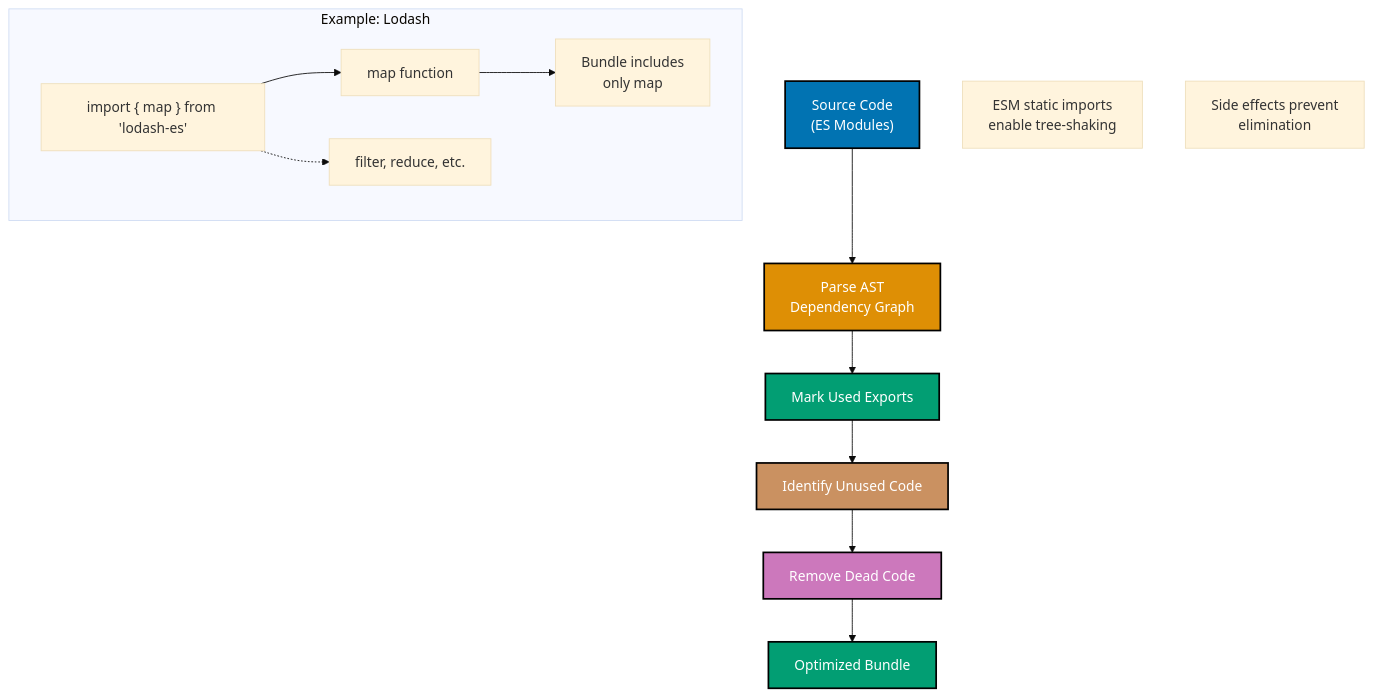
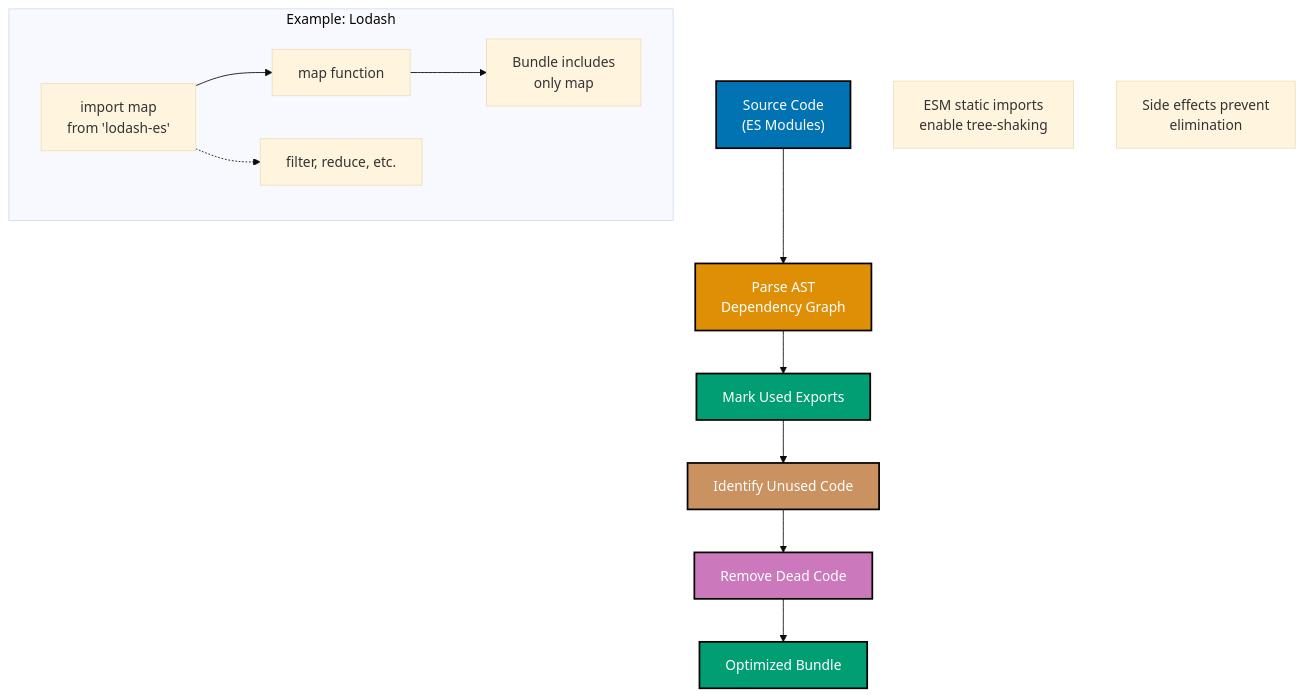
Before and after one commit to wahidyankf/ose-primer: the fourth of 8 diagrams in docs/explanation/software-engineering/programming-languages/typescript/modules-and-dependencies.md, drawn with Mermaid (base theme). The commit also changed other lines of this file and 16 other files, not shown here.

Commit message:
fix(docs): fix mermaid violations in typescript/ docs (batch 1/10)

````diff
--- a/docs/explanation/software-engineering/programming-languages/typescript/modules-and-dependencies.md
+++ b/docs/explanation/software-engineering/programming-languages/typescript/modules-and-dependencies.md
@@ -147,36 +146,36 @@
 ```mermaid
 %% Color Palette: Blue #0173B2, Orange #DE8F05, Teal #029E73, Purple #CC78BC, Brown #CA9161
 graph TD
     Source["Source Code<br/>#40;ES Modules#41;"]:::blue
     Parse["Parse AST<br/>Dependency Graph"]:::orange
     MarkUsed["Mark Used Exports"]:::teal
     MarkUnused["Identify Unused Code"]:::brown
     Eliminate["Remove Dead Code"]:::purple
     Bundle["Optimized Bundle"]:::teal
 
     Source --> Parse
     Parse --> MarkUsed
     MarkUsed --> MarkUnused
     MarkUnused --> Eliminate
     Eliminate --> Bundle
 
     Note1["ESM static imports<br/>enable tree-shaking"]
     Note2["Side effects prevent<br/>elimination"]
 
     subgraph Example["Example: Lodash"]
-        Import["import { map } from 'lodash-es'"]
+        Import["import map<br/>from 'lodash-es'"]
         Used["map function"]
         Unused["filter, reduce, etc."]
         Result["Bundle includes<br/>only map"]
 
         Import --> Used
         Import -.-> Unused
         Used --> Result
     end
 
     classDef blue fill:#0173B2,stroke:#000000,color:#FFFFFF,stroke-width:2px
     classDef orange fill:#DE8F05,stroke:#000000,color:#FFFFFF,stroke-width:2px
     classDef teal fill:#029E73,stroke:#000000,color:#FFFFFF,stroke-width:2px
     classDef purple fill:#CC78BC,stroke:#000000,color:#FFFFFF,stroke-width:2px
     classDef brown fill:#CA9161,stroke:#000000,color:#FFFFFF,stroke-width:2px
 ```
````
